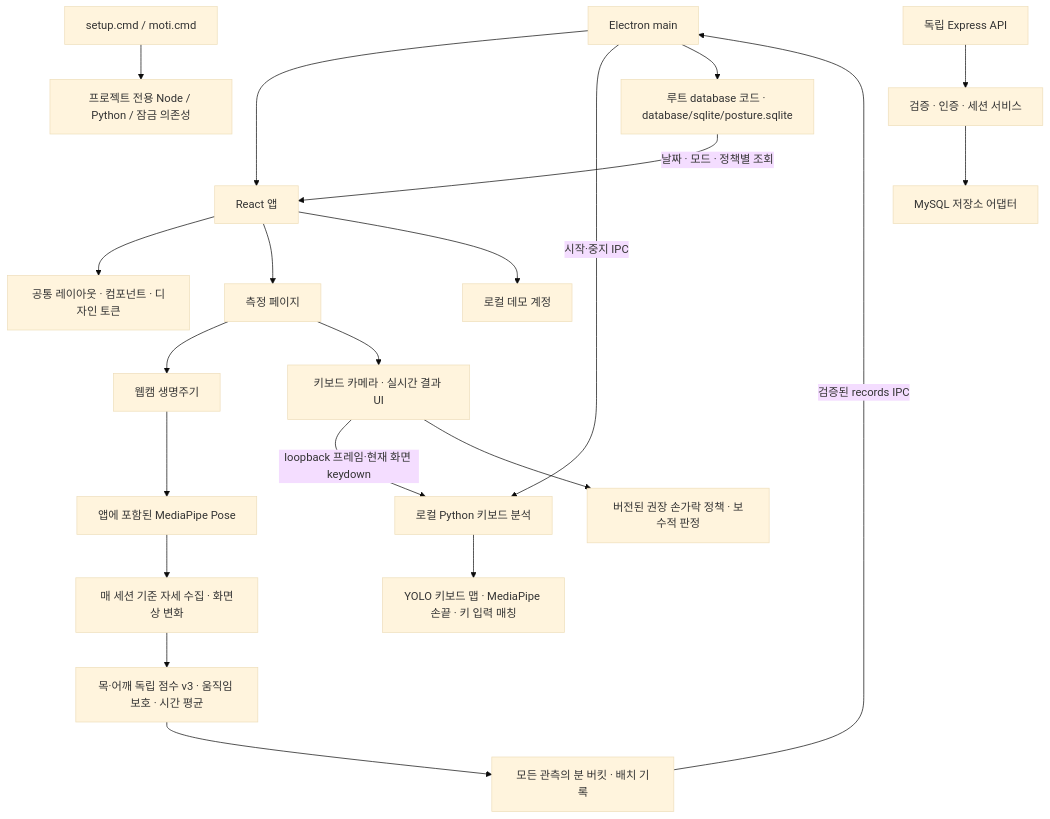
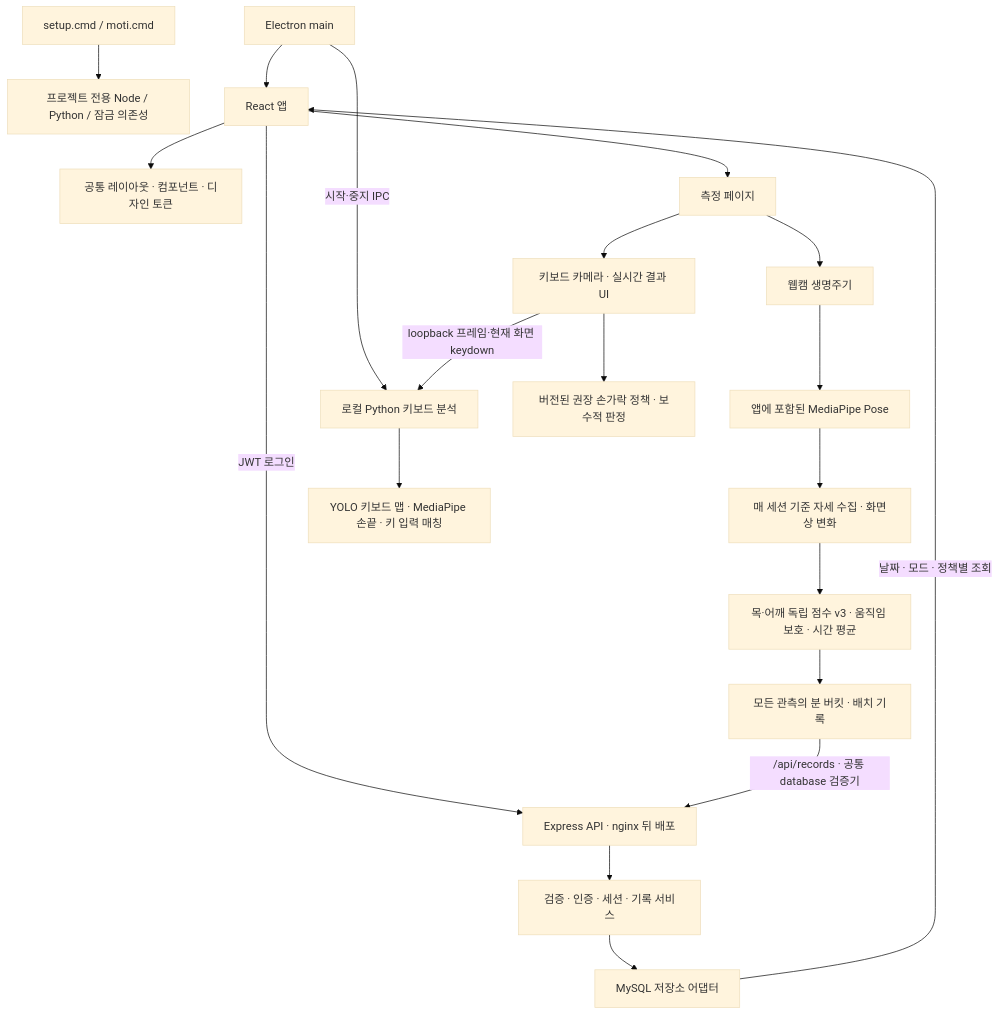
Before and after one commit to Attraaa/Graduation-Project: the diagram in docs/architecture.md, drawn with Mermaid (base theme). The commit also changed other lines of this file and 55 other files, not shown here.

````diff
--- a/docs/architecture.md
+++ b/docs/architecture.md
@@ -7,23 +7,22 @@
 ```mermaid
 flowchart TD
   S[setup.cmd / moti.cmd] --> T[프로젝트 전용 Node / Python / 잠금 의존성]
   E[Electron main] --> R[React 앱]
   E -->|시작·중지 IPC| K[로컬 Python 키보드 분석]
   R --> UI[공통 레이아웃 · 컴포넌트 · 디자인 토큰]
   R --> M[측정 페이지]
   M --> W[웹캠 생명주기]
   W --> P[앱에 포함된 MediaPipe Pose]
   P --> C[매 세션 기준 자세 수집 · 화면상 변화]
   C --> V1[목·어깨 독립 점수 v3 · 움직임 보호 · 시간 평균]
-  R --> D[로컬 데모 계정]
+  R -->|JWT 로그인| A[Express API · nginx 뒤 배포]
   V1 --> REC[모든 관측의 분 버킷 · 배치 기록]
-  REC -->|검증된 records IPC| E
-  E --> SQLITE[루트 database 코드 · database/sqlite/posture.sqlite]
-  SQLITE -->|날짜 · 모드 · 정책별 조회| R
-  A[독립 Express API] --> V[검증 · 인증 · 세션 서비스]
+  REC -->|/api/records · 공통 database 검증기| A
+  A --> V[검증 · 인증 · 세션 · 기록 서비스]
   V --> DB[MySQL 저장소 어댑터]
+  DB -->|날짜 · 모드 · 정책별 조회| R
   M --> KM[키보드 카메라 · 실시간 결과 UI]
   KM -->|loopback 프레임·현재 화면 keydown| K
   K --> F[YOLO 키보드 맵 · MediaPipe 손끝 · 키 입력 매칭]
   KM --> FP[버전된 권장 손가락 정책 · 보수적 판정]
 ```
````
